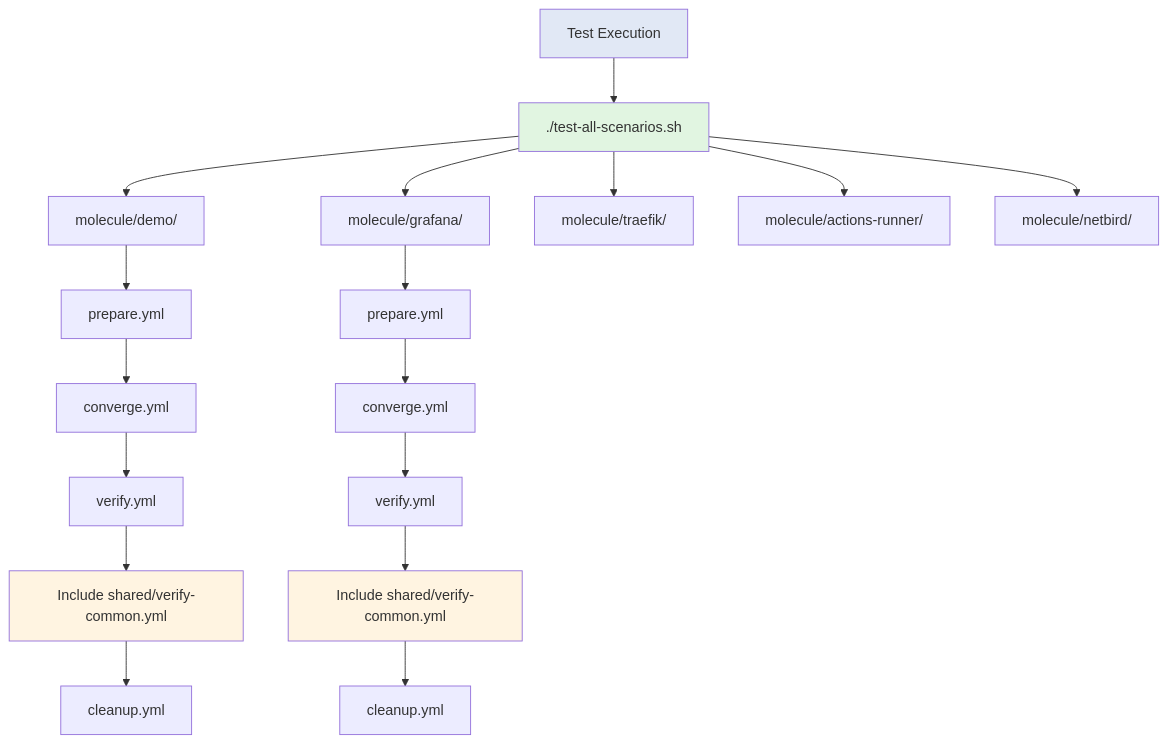
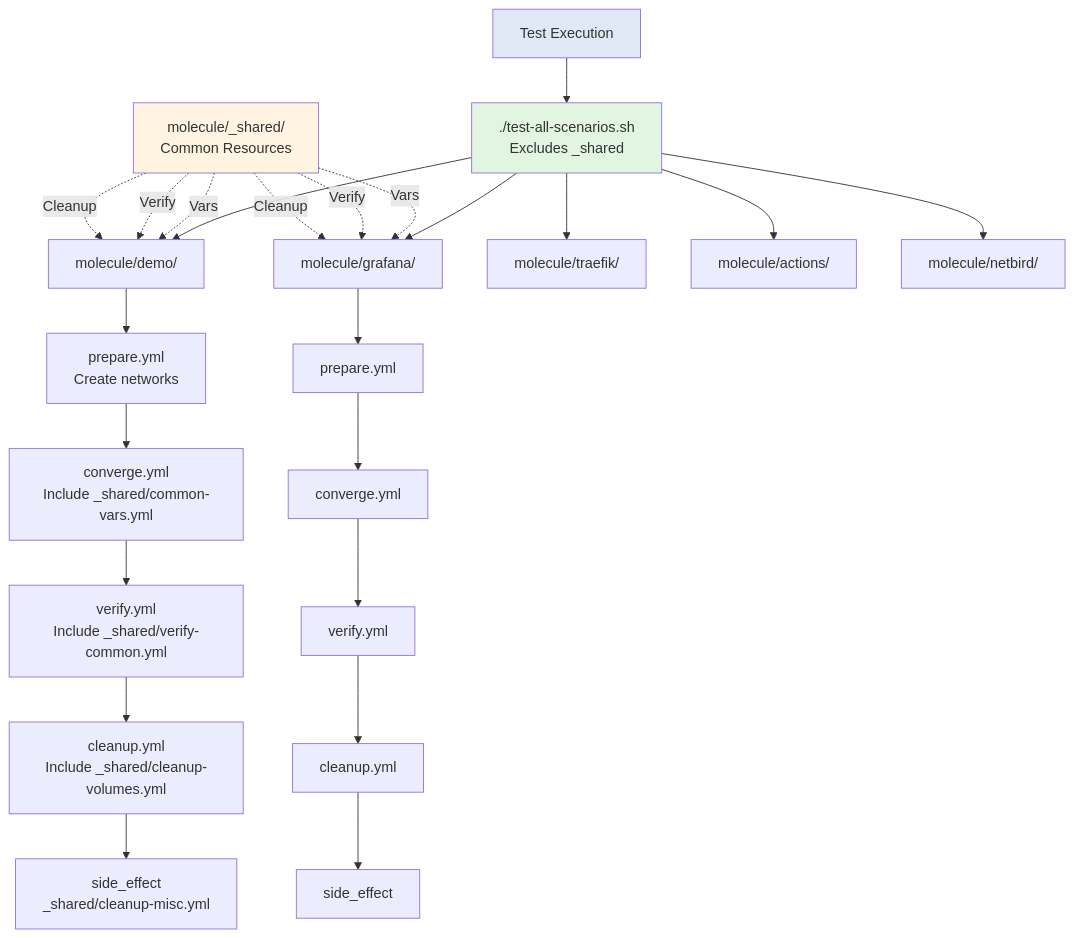
The fifth of 5 diagrams in docs/architecture.md (cloudnonsense-com/ansible-role-compose-stack), drawn with Mermaid before and after one commit. The commit also changed other lines of this file and 36 other files, not shown here.

````diff
--- a/docs/architecture.md
+++ b/docs/architecture.md
@@ -169,26 +169,32 @@
 ```mermaid
 flowchart TD
-    Test[Test Execution] --> Script[./test-all-scenarios.sh]
+    Test[Test Execution] --> Script[./test-all-scenarios.sh<br/>Excludes _shared]
     Script --> MolDemo[molecule/demo/]
     Script --> MolGrafana[molecule/grafana/]
     Script --> MolTraefik[molecule/traefik/]
-    Script --> MolRunner[molecule/actions-runner/]
+    Script --> MolRunner[molecule/actions/]
     Script --> MolNetbird[molecule/netbird/]
 
-    MolDemo --> Prepare1[prepare.yml]
-    Prepare1 --> Converge1[converge.yml]
-    Converge1 --> Verify1[verify.yml]
-    Verify1 --> Shared1[Include shared/verify-common.yml]
-    Shared1 --> Cleanup1[cleanup.yml]
+    Shared[molecule/_shared/<br/>Common Resources] -.->|Vars| MolDemo
+    Shared -.->|Verify| MolDemo
+    Shared -.->|Cleanup| MolDemo
+    Shared -.->|Vars| MolGrafana
+    Shared -.->|Verify| MolGrafana
+    Shared -.->|Cleanup| MolGrafana
+
+    MolDemo --> Prepare1[prepare.yml<br/>Create networks]
+    Prepare1 --> Converge1[converge.yml<br/>Include _shared/common-vars.yml]
+    Converge1 --> Verify1[verify.yml<br/>Include _shared/verify-common.yml]
+    Verify1 --> Cleanup1[cleanup.yml<br/>Include _shared/cleanup-volumes.yml]
+    Cleanup1 --> Side1[side_effect<br/>_shared/cleanup-misc.yml]
 
     MolGrafana --> PrepareN[prepare.yml]
     PrepareN --> ConvergeN[converge.yml]
     ConvergeN --> VerifyN[verify.yml]
-    VerifyN --> SharedN[Include shared/verify-common.yml]
-    SharedN --> CleanupN[cleanup.yml]
+    VerifyN --> CleanupN[cleanup.yml]
+    CleanupN --> SideN[side_effect]
 
     style Test fill:#e1e8f5
     style Script fill:#e1f5e1
-    style Shared1 fill:#fff4e1
-    style SharedN fill:#fff4e1
+    style Shared fill:#fff4e1
 ```
````
